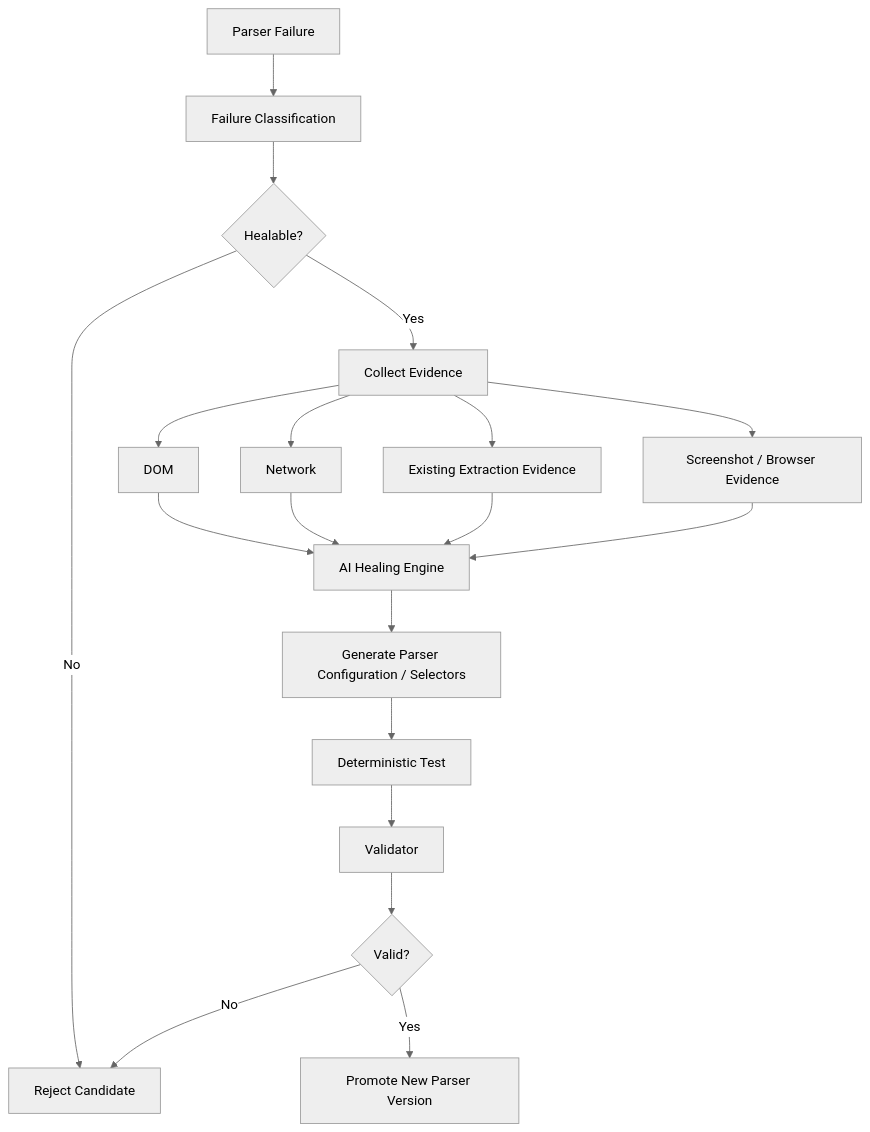
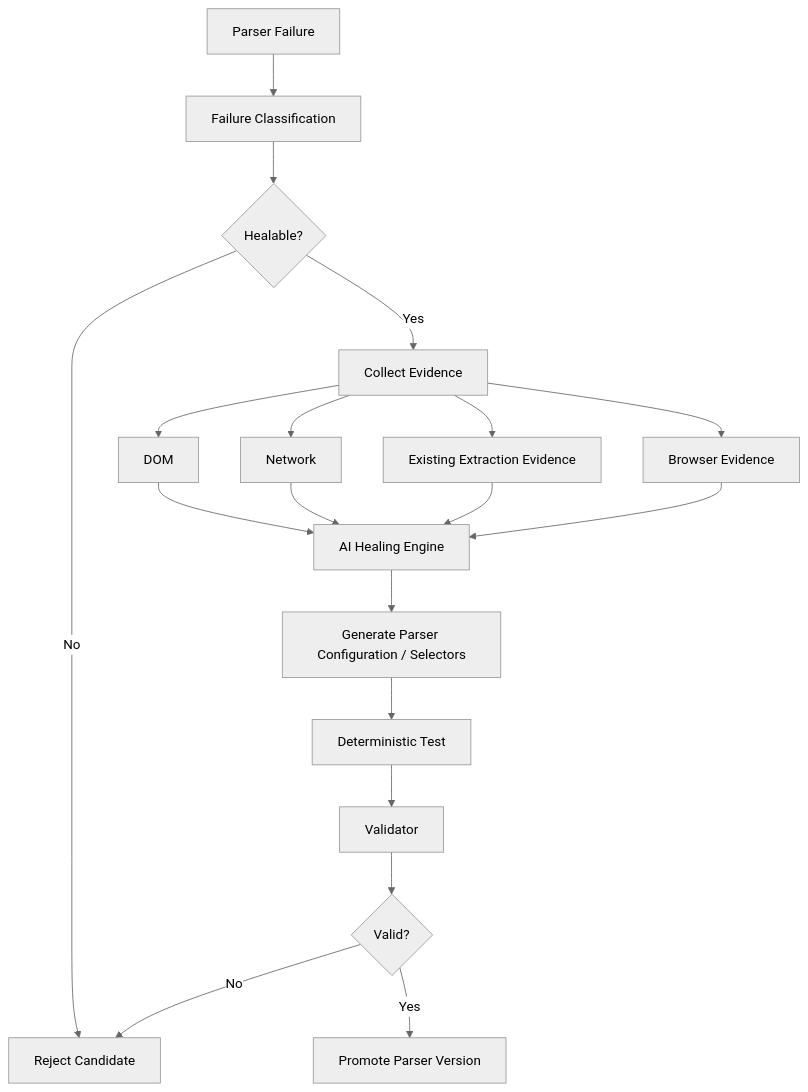
The sixth of 6 diagrams in README.md (vikasreddymusku/Agentic-Loop), drawn with Mermaid (neutral theme) before and after one commit. The commit also changed other lines of this file, not shown here.

````diff
--- a/README.md
+++ b/README.md
@@ -1377,49 +1048,48 @@
 ```mermaid
 flowchart TD
 
     A["Parser Failure"]
     B["Failure Classification"]
-
     C{"Healable?"}
 
     D["Collect Evidence"]
+
     E["DOM"]
     F["Network"]
     G["Existing Extraction Evidence"]
-    H["Screenshot / Browser Evidence"]
+    H["Browser Evidence"]
 
     I["AI Healing Engine"]
     J["Generate Parser Configuration / Selectors"]
 
     K["Deterministic Test"]
     L["Validator"]
-
     M{"Valid?"}
 
-    N["Promote New Parser Version"]
+    N["Promote Parser Version"]
     O["Reject Candidate"]
 
     A --> B
     B --> C
 
     C -->|No| O
     C -->|Yes| D
 
     D --> E
     D --> F
     D --> G
     D --> H
 
     E --> I
     F --> I
     G --> I
     H --> I
 
     I --> J
     J --> K
     K --> L
     L --> M
 
     M -->|Yes| N
     M -->|No| O
 ```
````
